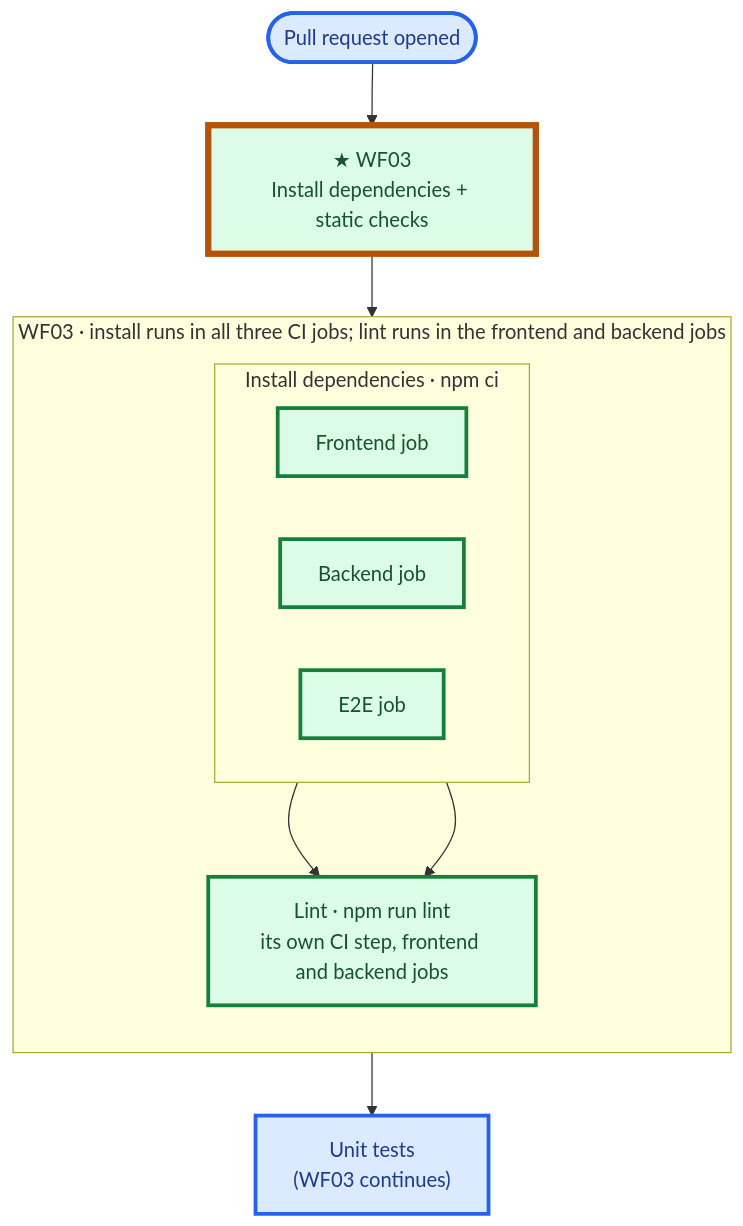
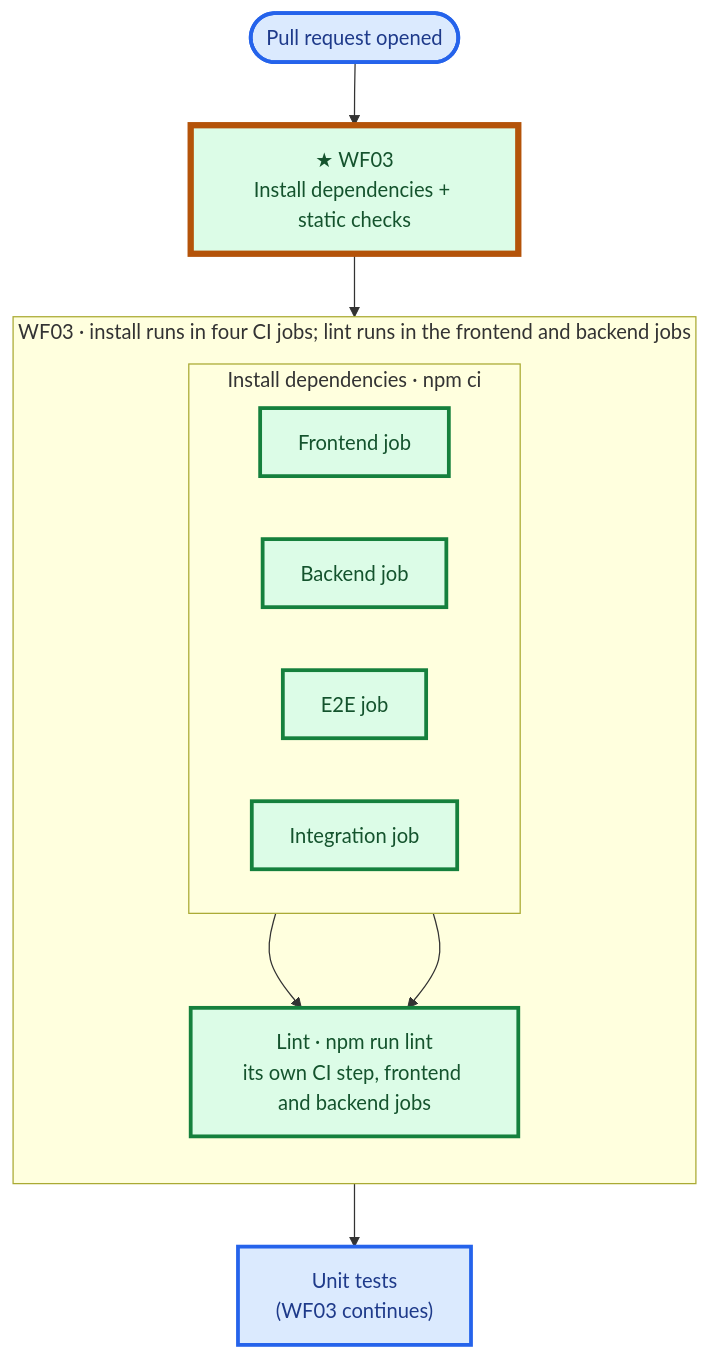
Before and after one commit to IT7993-FALL-2026-PEERS/ProjectPeerEvaluation: the fourth of 4 diagrams in README.md, drawn with Mermaid. The commit also changed other lines of this file and 2 other files, not shown here.

First line of the commit message:
Refresh the README and the architecture charts

````diff
--- a/README.md
+++ b/README.md
@@ -224,28 +227,29 @@
 ```mermaid
 flowchart TB
     PR(["Pull request opened"]) --> WF03["★ WF03<br/>Install dependencies + static checks"]
 
-    subgraph WF03BOX["WF03 · install runs in all three CI jobs; lint runs in the frontend and backend jobs"]
+    subgraph WF03BOX["WF03 · install runs in four CI jobs; lint runs in the frontend and backend jobs"]
         direction TB
         subgraph INSTALL["Install dependencies · npm ci"]
             direction LR
             FE["Frontend job"]
             BE["Backend job"]
             E2E["E2E job"]
+            INT["Integration job"]
         end
         LINT["Lint · npm run lint<br/>its own CI step, frontend and backend jobs"]
         FE --> LINT
         BE --> LINT
     end
 
     WF03 --> WF03BOX
     LINT --> NEXT["Unit tests<br/>(WF03 continues)"]
 
     classDef done fill:#dcfce7,stroke:#15803d,color:#14532d,stroke-width:3px
     classDef highlight fill:#dcfce7,stroke:#b45309,color:#14532d,stroke-width:5px
     classDef endpoint fill:#dbeafe,stroke:#2563eb,color:#1e3a8a,stroke-width:3px
 
-    class FE,BE,E2E,LINT done
+    class FE,BE,E2E,INT,LINT done
     class PR,NEXT endpoint
     class WF03 highlight
 ```
````
